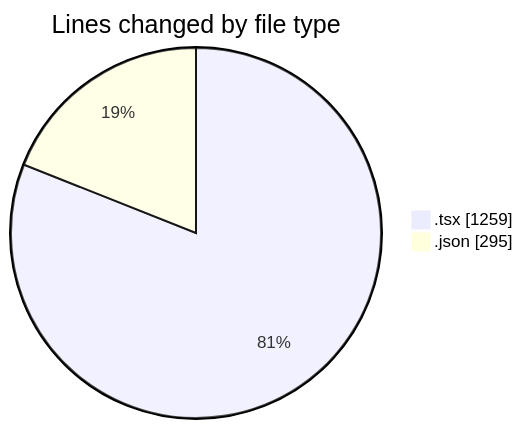
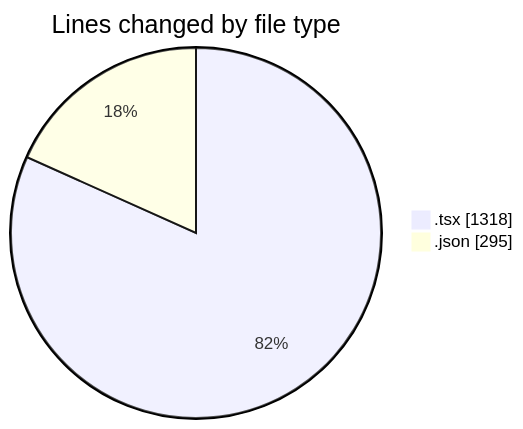
One commit to julien-gomy/code-tracking changed the first of 2 diagrams in 2025-10-11/eventscop-frontend-guide__workspace_/README.md. Above: the diagram before and after it, drawn with Mermaid. The commit also changed other lines of this file and 1 other file, not shown here.

````diff
--- a/2025-10-11/eventscop-frontend-guide__workspace_/README.md
+++ b/2025-10-11/eventscop-frontend-guide__workspace_/README.md
@@ -32,6 +33,6 @@
 ```mermaid
 pie showData
 title Lines changed by file type
-".tsx" : 1259
+".tsx" : 1318
 ".json" : 295
 ```
````
